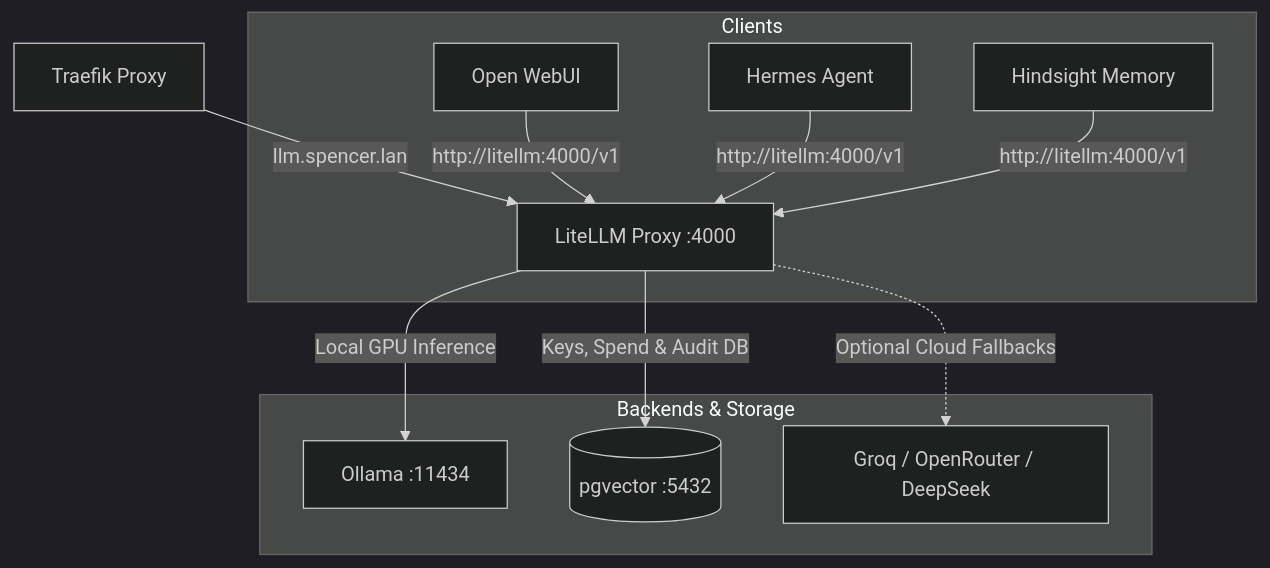
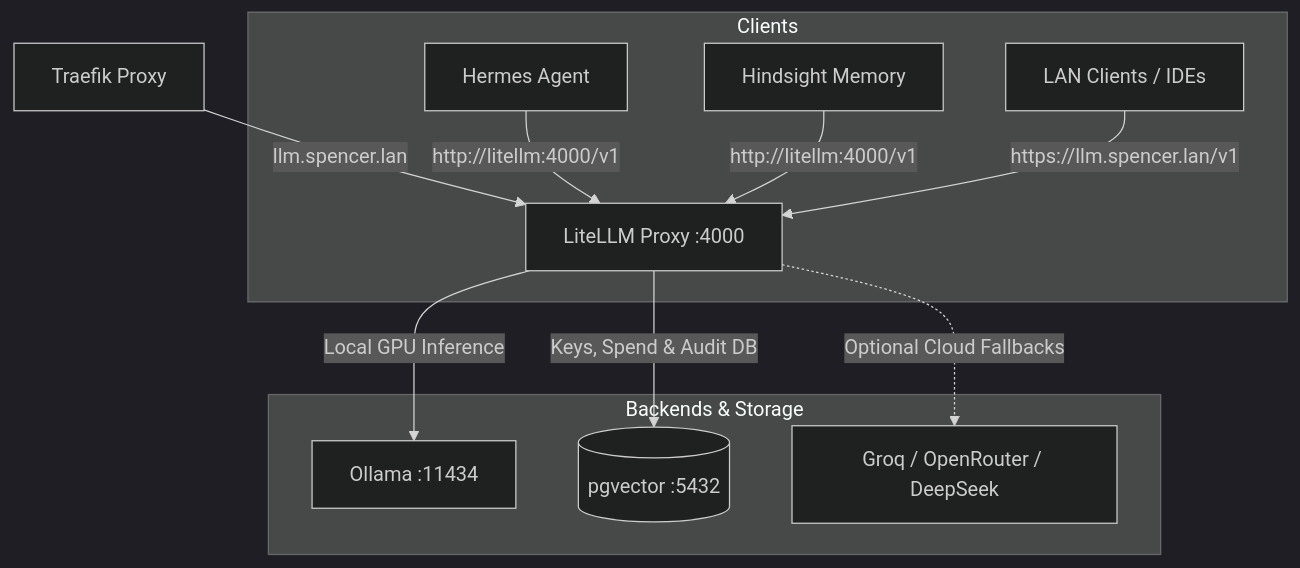
Before and after one commit to jamesbspencer/homelab: the diagram in docs/litellm.md, drawn with Mermaid (dark theme). The commit also changed other lines of this file and 15 other files, not shown here.

Commit message:
docs: purge Open WebUI references across active documentation

````diff
--- a/docs/litellm.md
+++ b/docs/litellm.md
@@ -21,16 +21,16 @@
 ```mermaid
 graph TD
     Traefik[Traefik Proxy] -->|llm.spencer.lan| LiteLLM[LiteLLM Proxy :4000]
     
     subgraph Clients
-        OpenWebUI[Open WebUI] -->|http://litellm:4000/v1| LiteLLM
         Hermes[Hermes Agent] -->|http://litellm:4000/v1| LiteLLM
         Hindsight[Hindsight Memory] -->|http://litellm:4000/v1| LiteLLM
+        LAN[LAN Clients / IDEs] -->|https://llm.spencer.lan/v1| LiteLLM
     end
 
     subgraph Backends & Storage
         LiteLLM -->|Local GPU Inference| Ollama[Ollama :11434]
         LiteLLM -->|Keys, Spend & Audit DB| PgVector[(pgvector :5432)]
         LiteLLM -.->|Optional Cloud Fallbacks| Cloud[Groq / OpenRouter / DeepSeek]
     end
 ```
````
